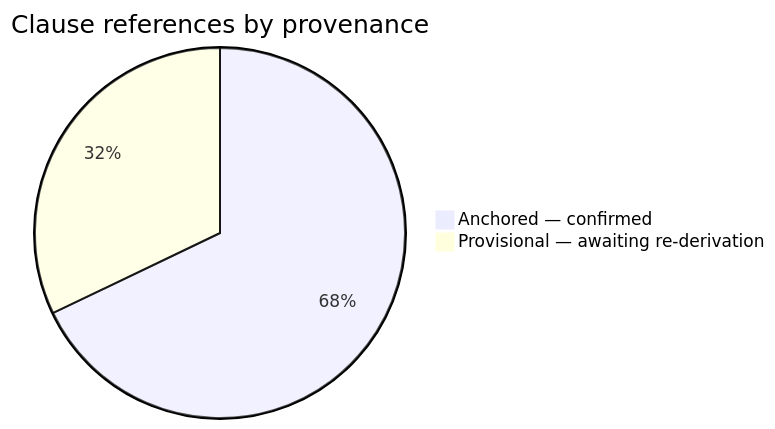
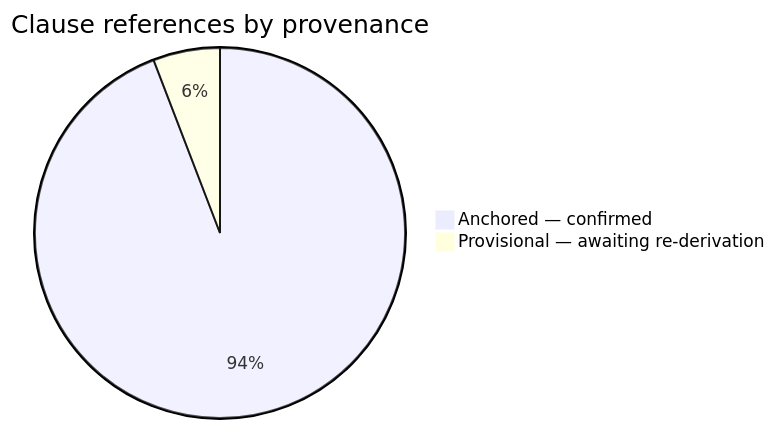
The first of 3 diagrams in docs/COMPLIANCE_MATRIX.md (shubhamjha16/BOM_Automation), drawn with Mermaid before and after one commit. The commit also changed other lines of this file and 25 other files, not shown here.

````diff
--- a/docs/COMPLIANCE_MATRIX.md
+++ b/docs/COMPLIANCE_MATRIX.md
@@ -17,5 +19,5 @@
 ```mermaid
 pie title Clause references by provenance
-    "Anchored — confirmed" : 74
-    "Provisional — awaiting re-derivation" : 35
+    "Anchored — confirmed" : 113
+    "Provisional — awaiting re-derivation" : 7
 ```
````
